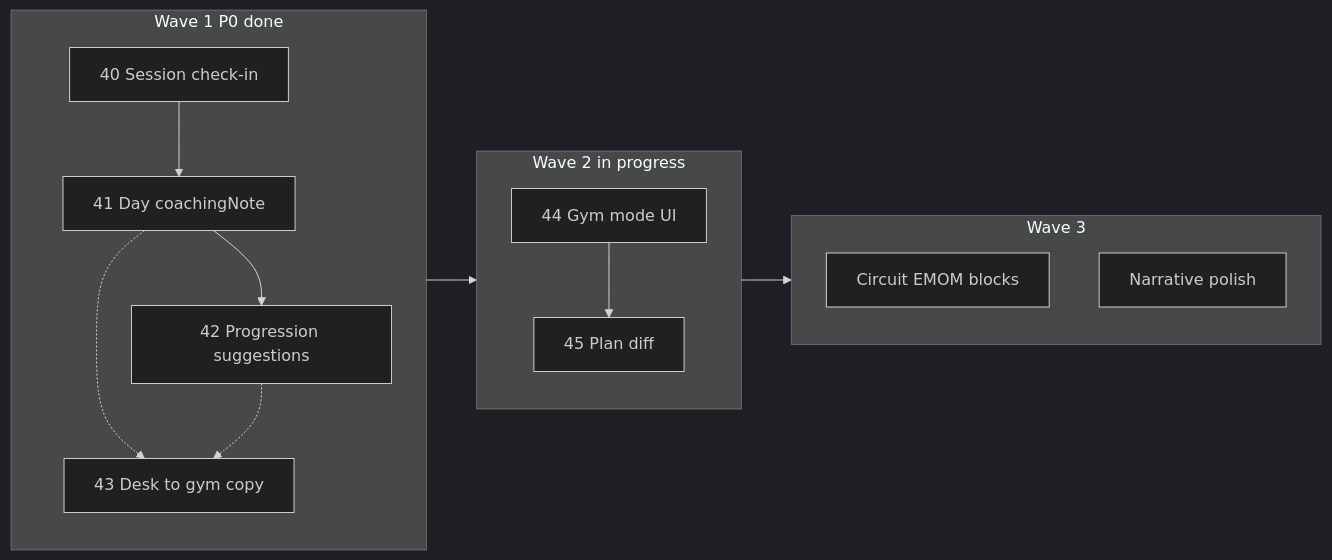
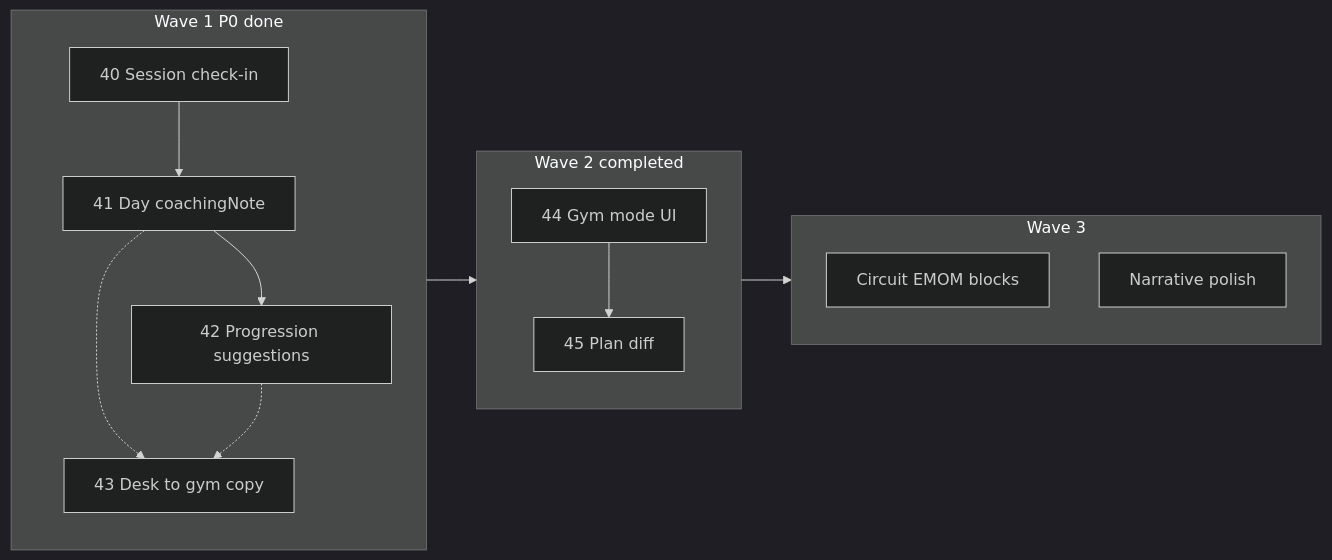
Before and after one commit to edar-dev/powercoach-studio: the diagram in .cursor/plans/feature-roadmap-v7.plan.md, drawn with Mermaid (dark theme). The commit also changed other lines of this file and 3 other files, not shown here.

````diff
--- a/.cursor/plans/feature-roadmap-v7.plan.md
+++ b/.cursor/plans/feature-roadmap-v7.plan.md
@@ -58,22 +58,22 @@
 ```mermaid
 flowchart LR
   subgraph wave1 [Wave 1 P0 done]
     F40[40 Session check-in]
     F41[41 Day coachingNote]
     F42[42 Progression suggestions]
     F43[43 Desk to gym copy]
   end
-  subgraph wave2 [Wave 2 in progress]
+  subgraph wave2 [Wave 2 completed]
     F44[44 Gym mode UI]
     F45[45 Plan diff]
   end
   subgraph wave3 [Wave 3]
     density[Circuit EMOM blocks]
     narrative[Narrative polish]
   end
   F40 --> F41 --> F42
   F41 -.-> F43
   F42 -.-> F43
   wave1 --> wave2 --> wave3
   F44 --> F45
 ```
````
